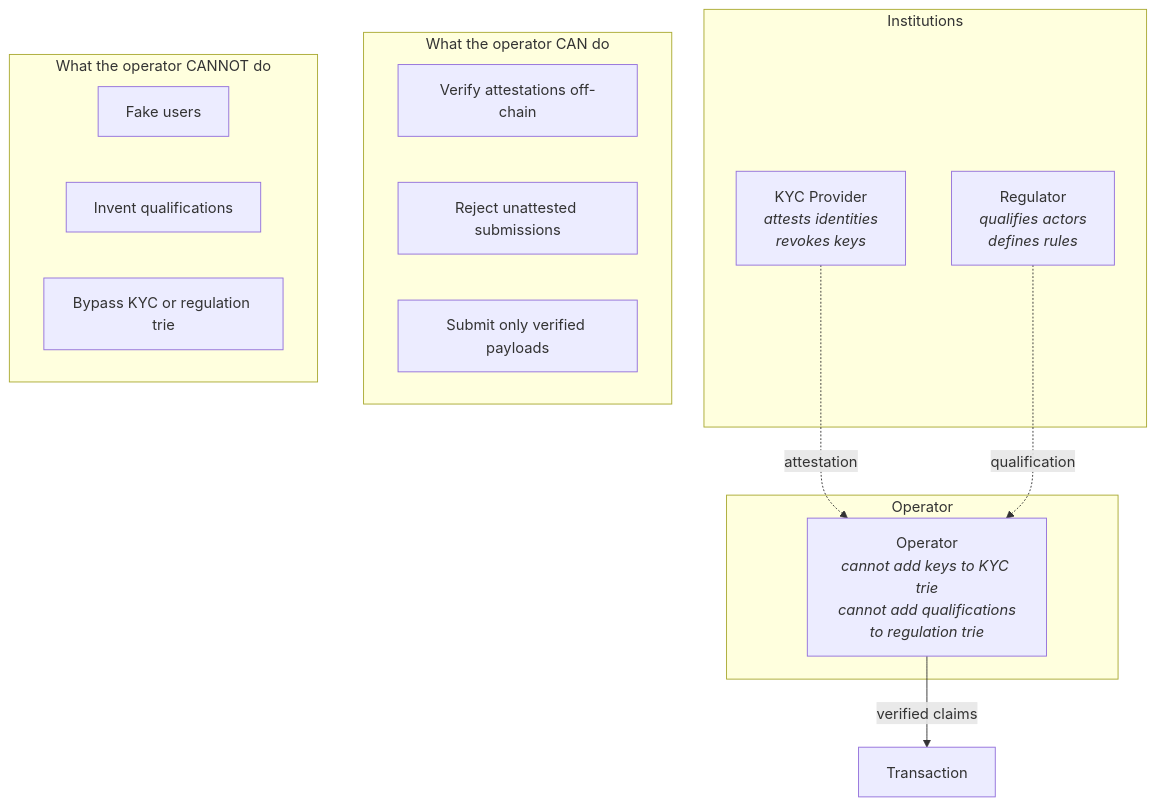
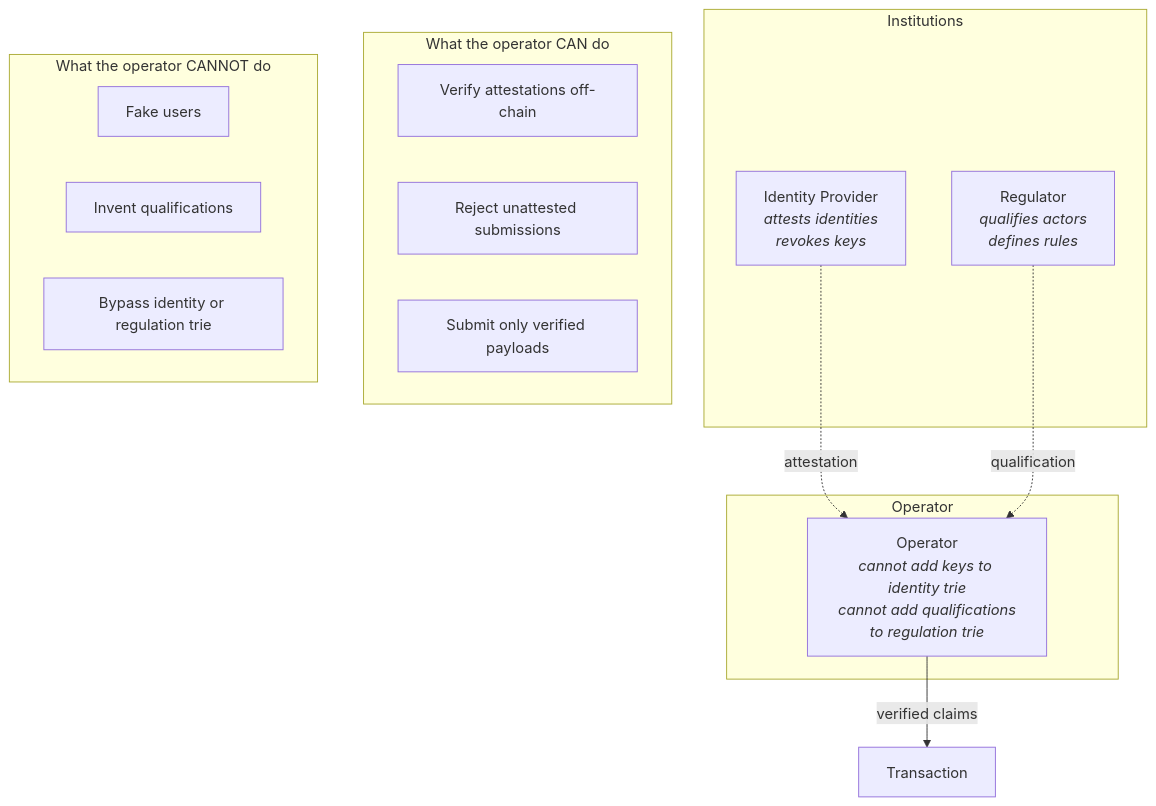
Before and after one commit to lambdasistemi/cardano-for-regulators: the fourth of 19 diagrams in docs/framework/schema.md, drawn with Mermaid. The commit also changed other lines of this file and 1 other file, not shown here.

Commit message:
rename KYC provider to identity provider throughout

````diff
--- a/docs/framework/schema.md
+++ b/docs/framework/schema.md
@@ -150,27 +150,27 @@
 ```mermaid
 graph TD
     subgraph Institutions
-        KP[KYC Provider<br/><i>attests identities<br/>revokes keys</i>]
+        KP[Identity Provider<br/><i>attests identities<br/>revokes keys</i>]
         RG[Regulator<br/><i>qualifies actors<br/>defines rules</i>]
     end
 
     subgraph Operator
-        OP[Operator<br/><i>cannot add keys to KYC trie<br/>cannot add qualifications<br/>to regulation trie</i>]
+        OP[Operator<br/><i>cannot add keys to identity trie<br/>cannot add qualifications<br/>to regulation trie</i>]
     end
 
     KP -.->|attestation| OP
     RG -.->|qualification| OP
     OP -->|verified claims| TX[Transaction]
 
     subgraph What the operator CAN do
         V1[Verify attestations off-chain]
         V2[Reject unattested submissions]
         V3[Submit only verified payloads]
     end
 
     subgraph What the operator CANNOT do
         X1[Fake users]
         X2[Invent qualifications]
-        X3[Bypass KYC or regulation trie]
+        X3[Bypass identity or regulation trie]
     end
 ```
````
